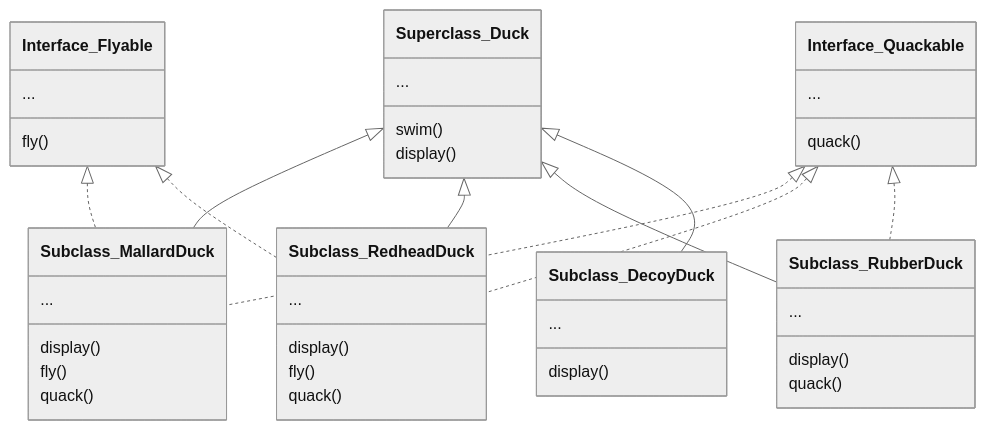
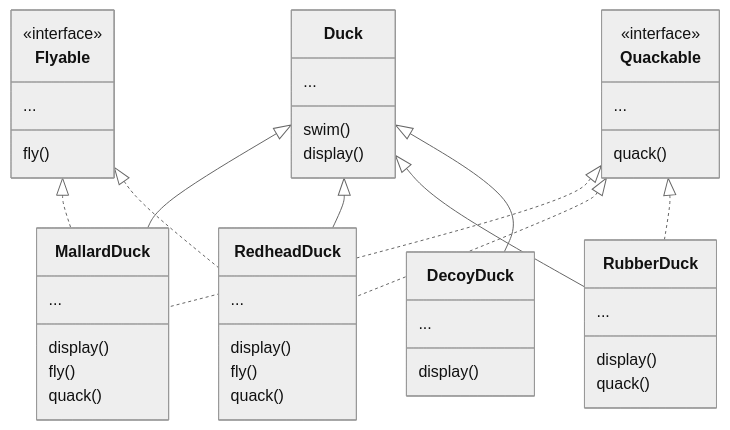
The third of 6 diagrams in 01-intro.md (lisa-lumos/design-patterns), drawn with Mermaid (neutral theme) before and after one commit. The commit also changed other lines of this file, not shown here.

````diff
--- a/01-intro.md
+++ b/01-intro.md
@@ -70,55 +70,57 @@
 ```mermaid
 classDiagram
-  Superclass_Duck <|-- Subclass_MallardDuck
-  Superclass_Duck <|-- Subclass_RedheadDuck
-  Superclass_Duck <|-- Subclass_RubberDuck
-  Superclass_Duck <|-- Subclass_DecoyDuck
+  Duck <|-- MallardDuck
+  Duck <|-- RedheadDuck
+  Duck <|-- RubberDuck
+  Duck <|-- DecoyDuck
 
-  class Superclass_Duck {
+  class Duck {
     ...
     swim()
     display()
   }
 
-  Interface_Flyable <|.. Subclass_MallardDuck
-  Interface_Flyable <|.. Subclass_RedheadDuck
+  Flyable <|.. MallardDuck
+  Flyable <|.. RedheadDuck
 
-  class Interface_Flyable {
+  class Flyable {
+    <<interface>> 
     ...
     fly()
   }
 
-  Interface_Quackable <|.. Subclass_MallardDuck
-  Interface_Quackable <|.. Subclass_RedheadDuck
-  Interface_Quackable <|.. Subclass_RubberDuck
+  Quackable <|.. MallardDuck
+  Quackable <|.. RedheadDuck
+  Quackable <|.. RubberDuck
 
-  class Interface_Quackable {
+  class Quackable {
+    <<interface>> 
     ...
     quack()
   }
   
-  class Subclass_MallardDuck{
+  class MallardDuck{
     ...
     display()
     fly()
     quack()
   }
 
-  class Subclass_RedheadDuck{
+  class RedheadDuck{
     ...
     display()
     fly()
     quack()
   }
 
-  class Subclass_RubberDuck{
+  class RubberDuck{
     ...
     display()
     quack()
   }
 
-  class Subclass_DecoyDuck{
+  class DecoyDuck{
     ...
     display()
   }
 ```
````
